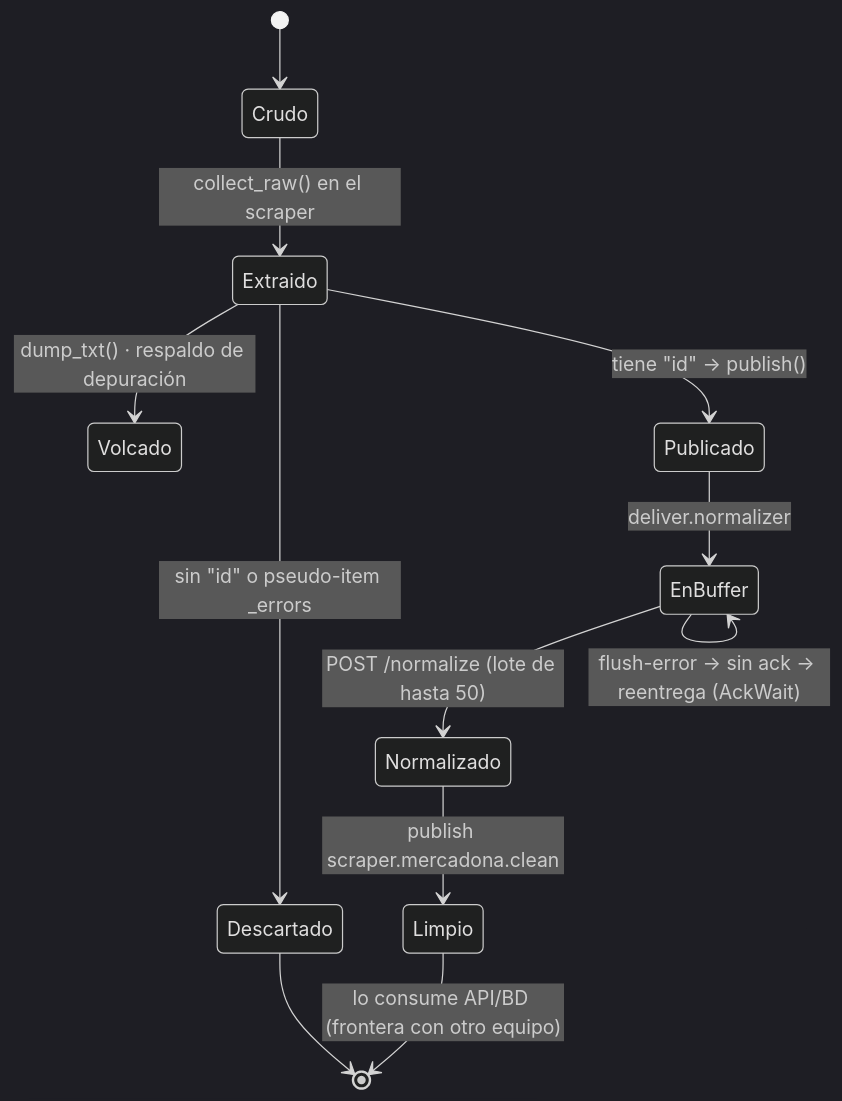
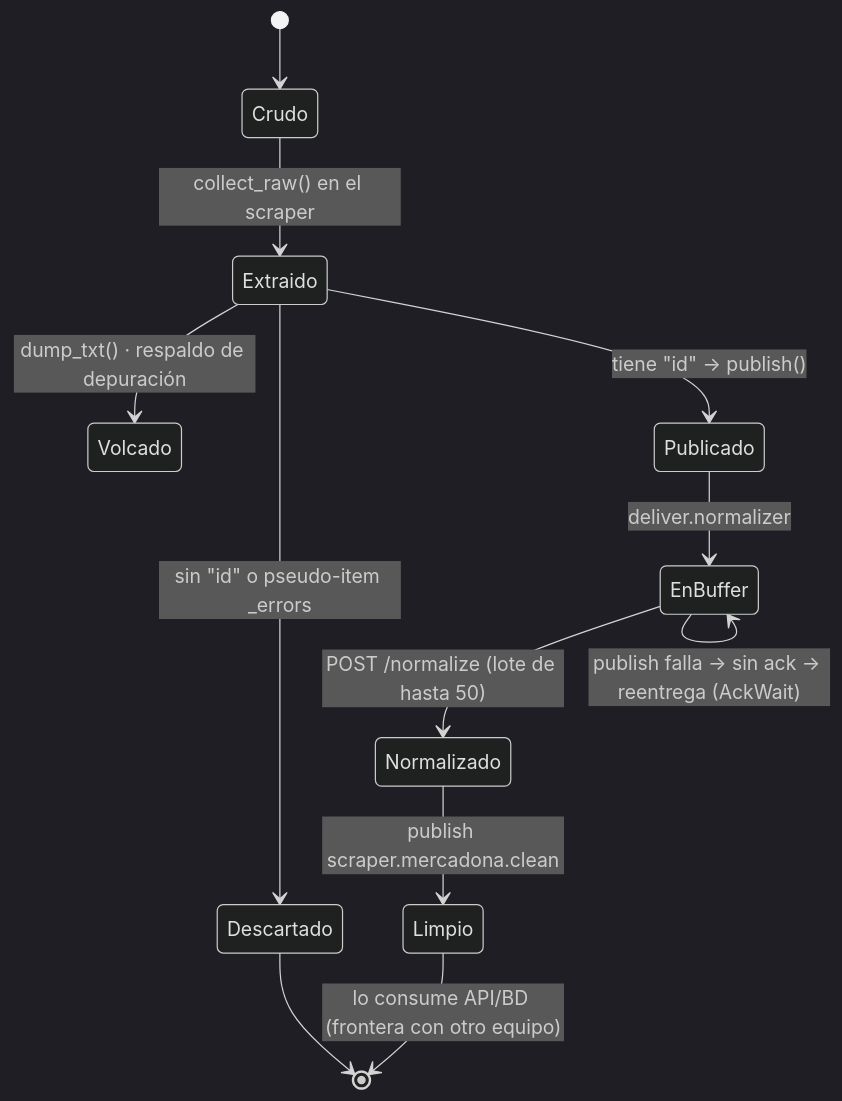
One commit to TheMinimalOwl/PTI-Q26-27-TARDOR changed the second of 3 diagrams in flujo-entrada/docs/02-flujo-datos.md. Above: the diagram before and after it, drawn with Mermaid (dark theme). The commit also changed other lines of this file and 7 other files, not shown here.

````diff
--- a/flujo-entrada/docs/02-flujo-datos.md
+++ b/flujo-entrada/docs/02-flujo-datos.md
@@ -47,15 +47,15 @@
 ```mermaid
 stateDiagram-v2
   [*] --> Crudo
   Crudo --> Extraido: collect_raw() en el scraper
   Extraido --> Volcado: dump_txt() · respaldo de depuración
   Extraido --> Publicado: tiene "id" → publish()
   Extraido --> Descartado: sin "id" o pseudo-item _errors
   Descartado --> [*]
 
   Publicado --> EnBuffer: deliver.normalizer
-  EnBuffer --> EnBuffer: flush-error → sin ack → reentrega (AckWait)
+  EnBuffer --> EnBuffer: publish falla → sin ack → reentrega (AckWait)
   EnBuffer --> Normalizado: POST /normalize (lote de hasta 50)
   Normalizado --> Limpio: publish scraper.mercadona.clean
   Limpio --> [*]: lo consume API/BD (frontera con otro equipo)
 ```
````
